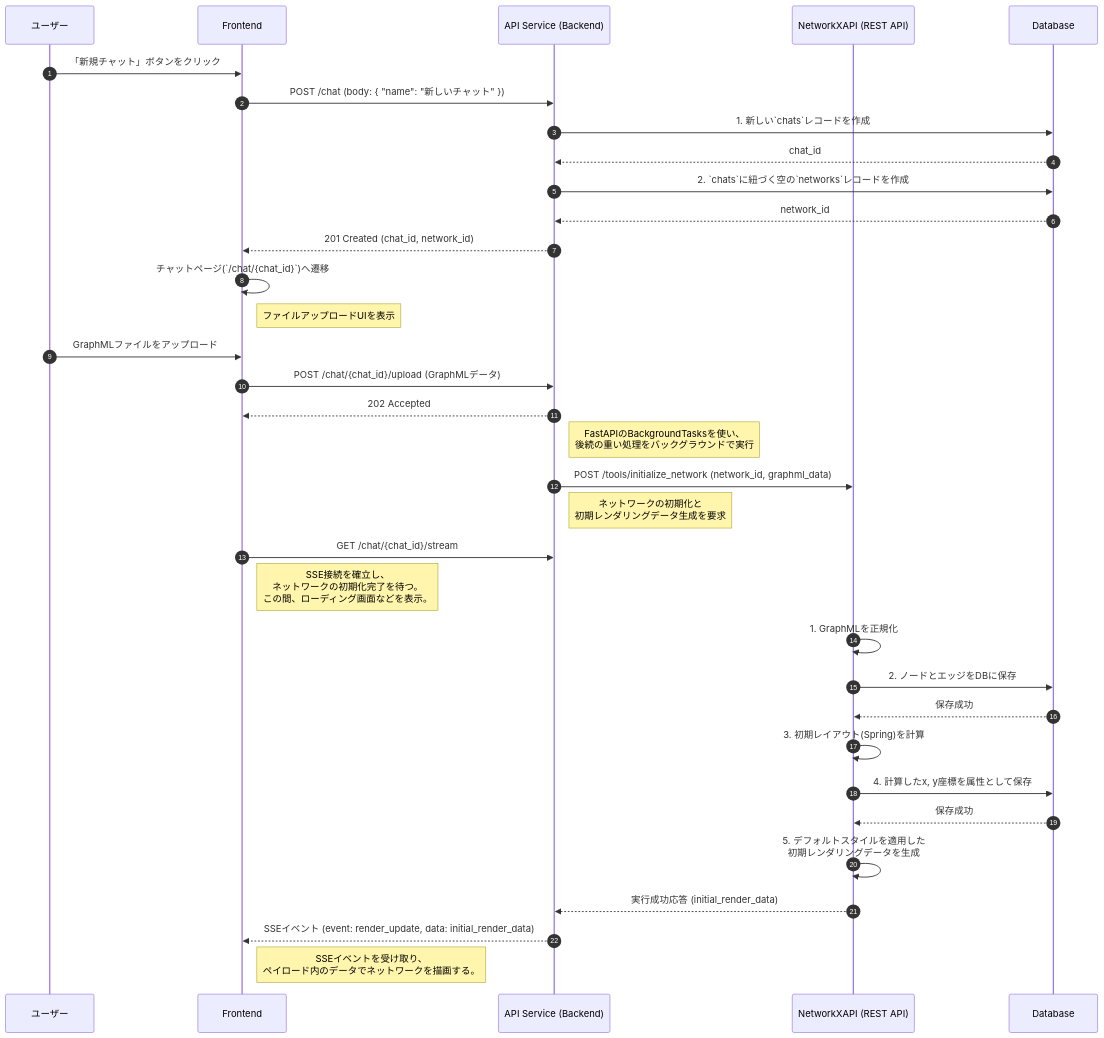
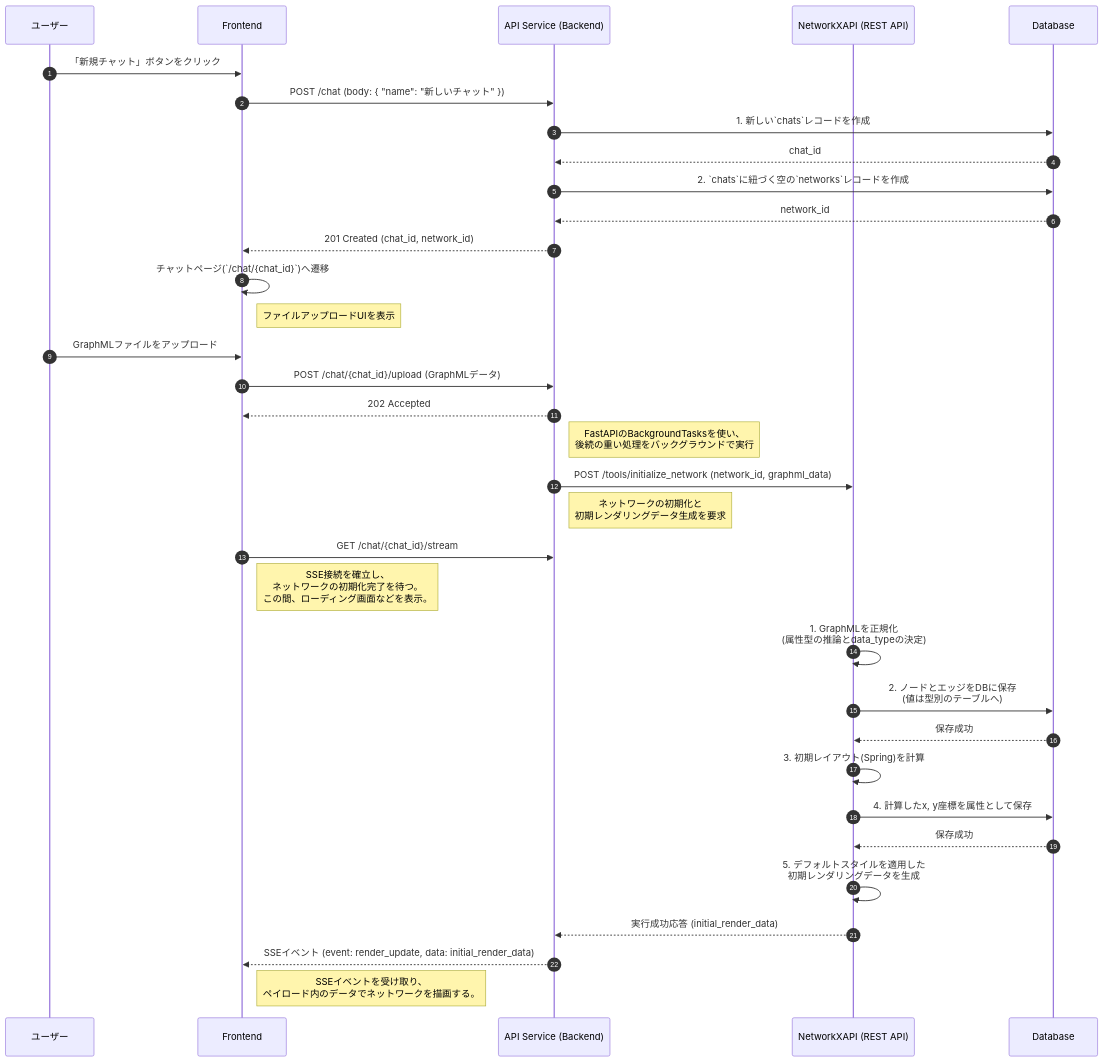
The first of 3 diagrams in specification/2_Technical_Details/6_Core_Workflows.md (vdslab/LLMGraphvis), drawn with Mermaid before and after one commit. The commit also changed 2 other files, not shown here.

Commit message:
docs: update technical specifications for NetworkX API, database, and core workflows.

````diff
--- a/specification/2_Technical_Details/6_Core_Workflows.md
+++ b/specification/2_Technical_Details/6_Core_Workflows.md
@@ -22,48 +22,48 @@
 ```mermaid
 sequenceDiagram
     autonumber
     participant U as ユーザー
     participant F as Frontend
     participant B as API Service (Backend)
     participant N as NetworkXAPI (REST API)
     participant DB as Database
 
     %% Step 1: User creates a new chat
     U->>F: 「新規チャット」ボタンをクリック
     F->>B: POST /chat (body: { "name": "新しいチャット" })
     B->>DB: 1. 新しい`chats`レコードを作成
     DB-->>B: chat_id
     B->>DB: 2. `chats`に紐づく空の`networks`レコードを作成
     DB-->>B: network_id
     B-->>F: 201 Created (chat_id, network_id)
 
     %% Step 2: Frontend navigates and user uploads a file
     F->>F: チャットページ(`/chat/{chat_id}`)へ遷移
     note right of F: ファイルアップロードUIを表示
     U->>F: GraphMLファイルをアップロード
     F->>B: POST /chat/{chat_id}/upload (GraphMLデータ)
 
     %% Step 3: Backend accepts the request and starts background task
     B-->>F: 202 Accepted
     note right of B: FastAPIのBackgroundTasksを使い、<br/>後続の重い処理をバックグラウンドで実行
     B->>N: POST /tools/initialize_network (network_id, graphml_data)
     note right of B: ネットワークの初期化と<br/>初期レンダリングデータ生成を要求
 
     %% Step 4: Frontend waits for SSE event
     F->>B: GET /chat/{chat_id}/stream
     note right of F: SSE接続を確立し、<br/>ネットワークの初期化完了を待つ。<br/>この間、ローディング画面などを表示。
 
     %% Step 5: Background processing in NetworkXAPI
-    N->>N: 1. GraphMLを正規化
-    N->>DB: 2. ノードとエッジをDBに保存
+    N->>N: 1. GraphMLを正規化<br/>(属性型の推論とdata_typeの決定)
+    N->>DB: 2. ノードとエッジをDBに保存<br/>(値は型別のテーブルへ)
     DB-->>N: 保存成功
     N->>N: 3. 初期レイアウト(Spring)を計算
     N->>DB: 4. 計算したx, y座標を属性として保存
     DB-->>N: 保存成功
     N->>N: 5. デフォルトスタイルを適用した<br/>初期レンダリングデータを生成
     N-->>B: 実行成功応答 (initial_render_data)
 
     %% Step 6: Backend forwards the initial data via SSE
     B-->>F: SSEイベント (event: render_update, data: initial_render_data)
     note right of F: SSEイベントを受け取り、<br/>ペイロード内のデータでネットワークを描画する。
 ```
````
